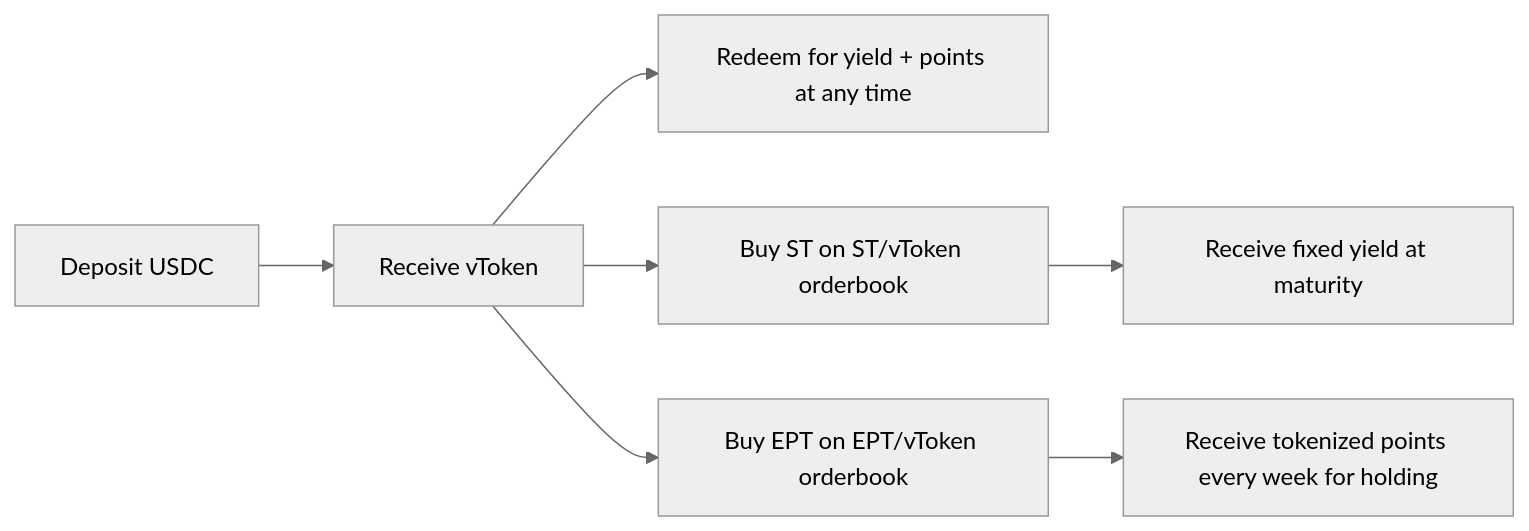
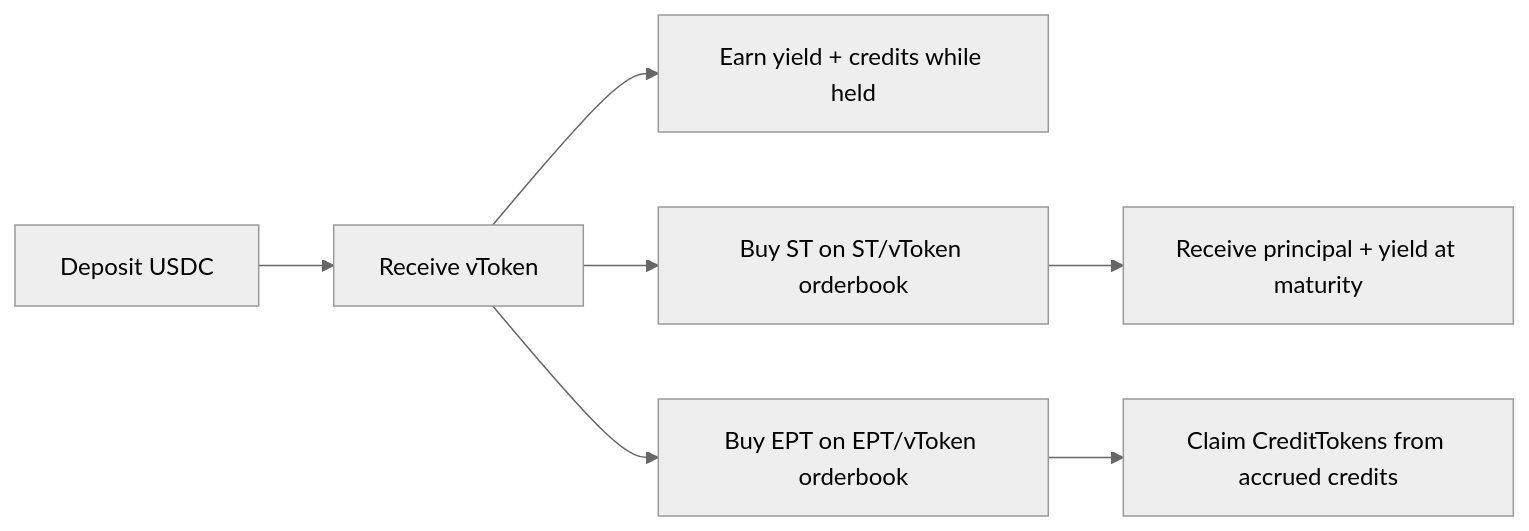
One commit to karnotxyz/docs changed the diagram in learn/protocol-overview.mdx. Above: the diagram before and after it, drawn with Mermaid (neutral theme). The commit also changed other lines of this file and 18 other files, not shown here.

````diff
--- a/learn/protocol-overview.mdx
+++ b/learn/protocol-overview.mdx
@@ -58,9 +58,9 @@
 ```mermaid
 flowchart LR
     A["Deposit USDC"] --> B["Receive vToken"]
-    B --> C["Redeem for yield + points at any time"]
+    B --> C["Earn yield + credits while held"]
     B --> D["Buy ST on ST/vToken orderbook"]
     B --> E["Buy EPT on EPT/vToken orderbook"]
-    D --> F["Receive fixed yield at maturity"]
-    E --> G["Receive tokenized points every week for holding"]
+    D --> F["Receive principal + yield at maturity"]
+    E --> G["Claim CreditTokens from accrued credits"]
 ```
````
